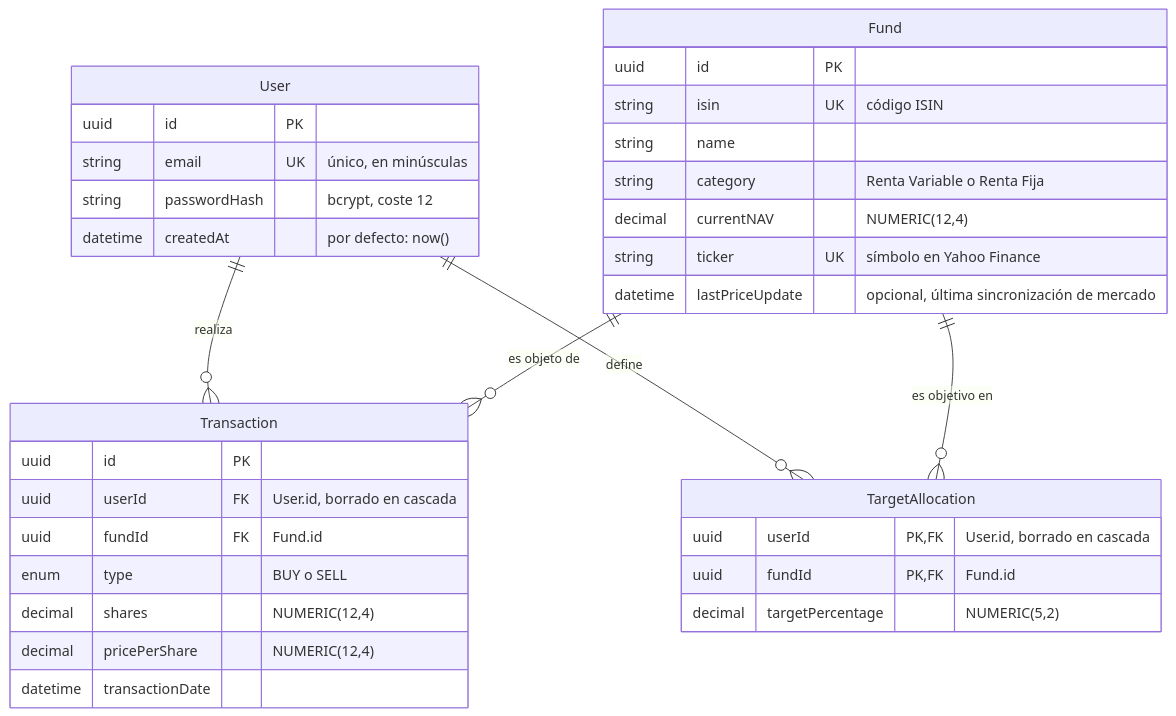
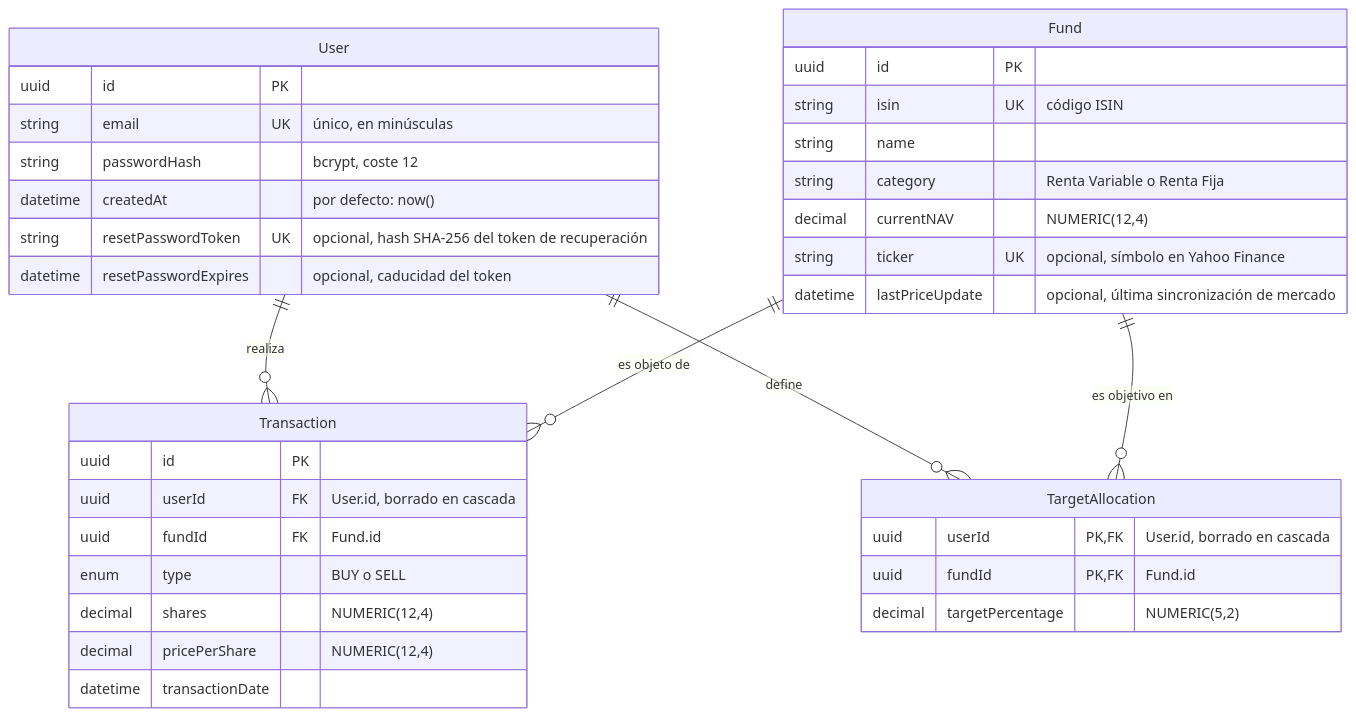
One commit to Dominique691/gestor-carteras changed the fourth of 4 diagrams in DOCUMENTACION_TFM.md. Above: the diagram before and after it, drawn with Mermaid. The commit also changed other lines of this file and 6 other files, not shown here.

````diff
--- a/DOCUMENTACION_TFM.md
+++ b/DOCUMENTACION_TFM.md
@@ -163,40 +172,42 @@
 ```mermaid
 erDiagram
     User ||--o{ Transaction : "realiza"
     Fund ||--o{ Transaction : "es objeto de"
     User ||--o{ TargetAllocation : "define"
     Fund ||--o{ TargetAllocation : "es objetivo en"
 
     User {
         uuid id PK
         string email UK "único, en minúsculas"
         string passwordHash "bcrypt, coste 12"
         datetime createdAt "por defecto: now()"
+        string resetPasswordToken UK "opcional, hash SHA-256 del token de recuperación"
+        datetime resetPasswordExpires "opcional, caducidad del token"
     }
 
     Fund {
         uuid id PK
         string isin UK "código ISIN"
         string name
         string category "Renta Variable o Renta Fija"
         decimal currentNAV "NUMERIC(12,4)"
-        string ticker UK "símbolo en Yahoo Finance"
+        string ticker UK "opcional, símbolo en Yahoo Finance"
         datetime lastPriceUpdate "opcional, última sincronización de mercado"
     }
 
     Transaction {
         uuid id PK
         uuid userId FK "User.id, borrado en cascada"
         uuid fundId FK "Fund.id"
         enum type "BUY o SELL"
         decimal shares "NUMERIC(12,4)"
         decimal pricePerShare "NUMERIC(12,4)"
         datetime transactionDate
     }
 
     TargetAllocation {
         uuid userId PK, FK "User.id, borrado en cascada"
         uuid fundId PK, FK "Fund.id"
         decimal targetPercentage "NUMERIC(5,2)"
     }
 ```
````
